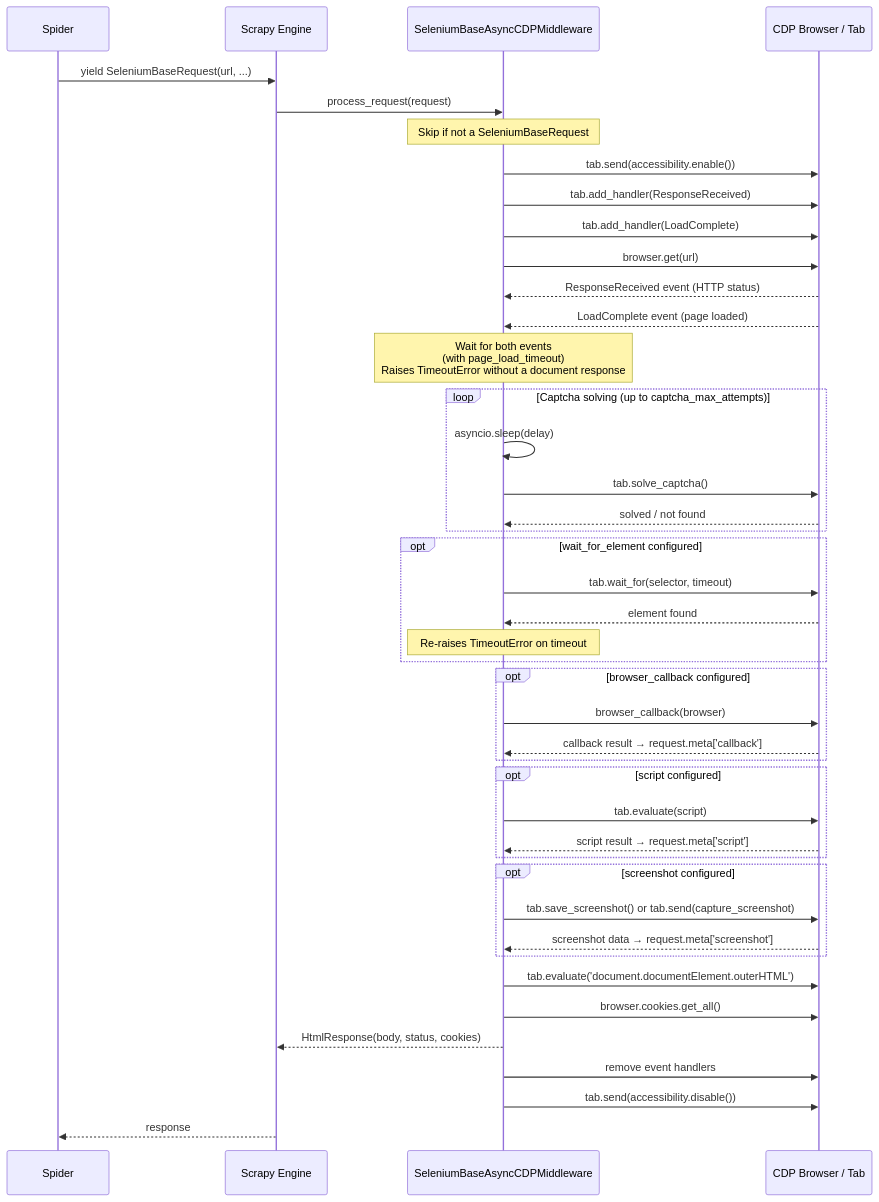
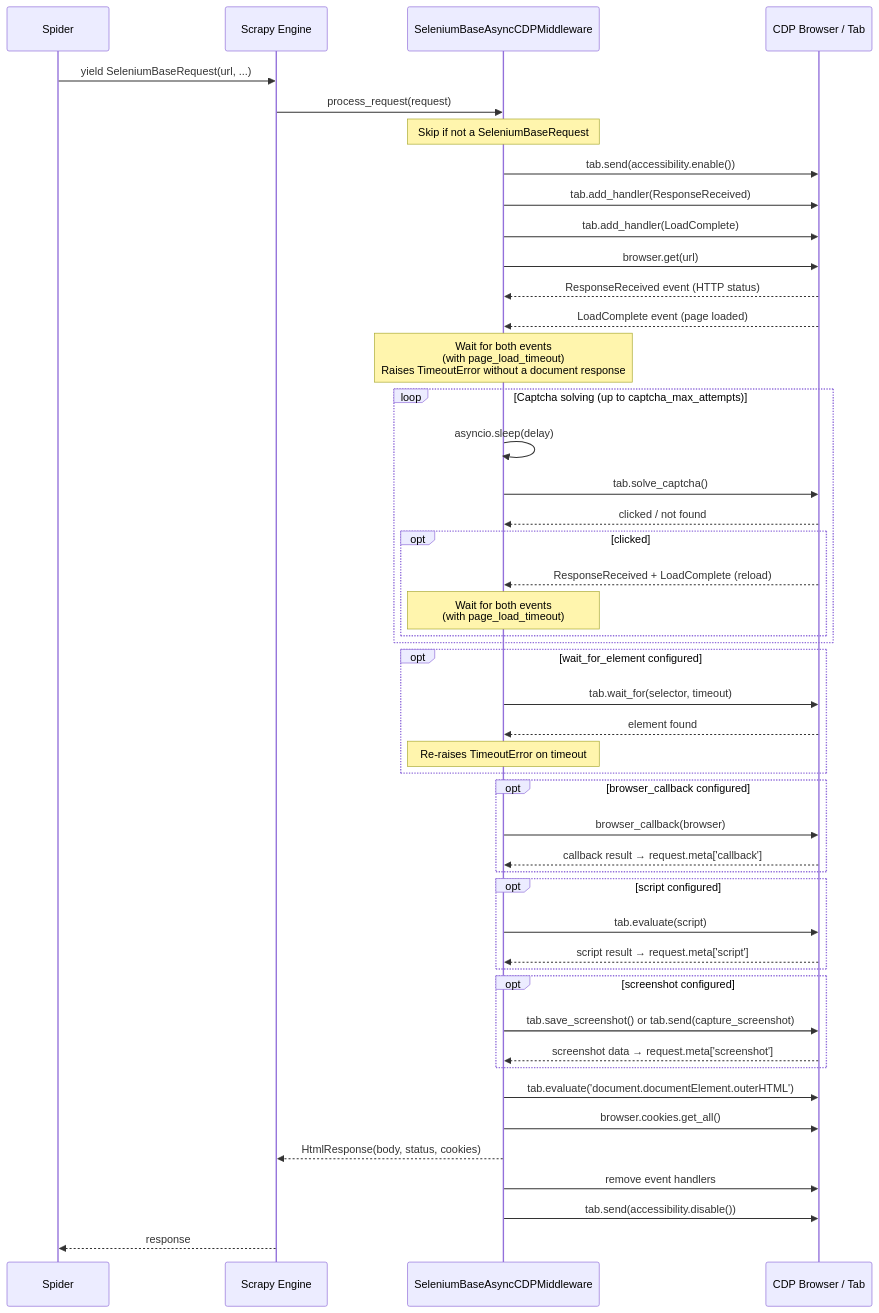
Before and after one commit to nyg/scrapy-seleniumbase-cdp: the diagram in docs/ARCHITECTURE.md, drawn with Mermaid. The commit also changed other lines of this file and 4 other files, not shown here.

Commit message:
fix: wait for the page to reload after a captcha click and flag unsolved captchas in response meta (#86)

````diff
--- a/docs/ARCHITECTURE.md
+++ b/docs/ARCHITECTURE.md
@@ -12,58 +12,62 @@
 ```mermaid
 sequenceDiagram
     participant Spider
     participant Engine as Scrapy Engine
     participant MW as SeleniumBaseAsyncCDPMiddleware
     participant Browser as CDP Browser / Tab
 
     Spider->>Engine: yield SeleniumBaseRequest(url, ...)
     Engine->>MW: process_request(request)
 
     Note over MW: Skip if not a SeleniumBaseRequest
 
     MW->>Browser: tab.send(accessibility.enable())
     MW->>Browser: tab.add_handler(ResponseReceived)
     MW->>Browser: tab.add_handler(LoadComplete)
 
     MW->>Browser: browser.get(url)
     Browser-->>MW: ResponseReceived event (HTTP status)
     Browser-->>MW: LoadComplete event (page loaded)
 
     Note over MW: Wait for both events<br/>(with page_load_timeout)<br/>Raises TimeoutError without a document response
 
     loop Captcha solving (up to captcha_max_attempts)
         MW->>MW: asyncio.sleep(delay)
         MW->>Browser: tab.solve_captcha()
-        Browser-->>MW: solved / not found
+        Browser-->>MW: clicked / not found
+        opt clicked
+            Browser-->>MW: ResponseReceived + LoadComplete (reload)
+            Note over MW: Wait for both events<br/>(with page_load_timeout)
+        end
     end
 
     opt wait_for_element configured
         MW->>Browser: tab.wait_for(selector, timeout)
         Browser-->>MW: element found
         Note over MW: Re-raises TimeoutError on timeout
     end
 
     opt browser_callback configured
         MW->>Browser: browser_callback(browser)
         Browser-->>MW: callback result → request.meta['callback']
     end
 
     opt script configured
         MW->>Browser: tab.evaluate(script)
         Browser-->>MW: script result → request.meta['script']
     end
 
     opt screenshot configured
         MW->>Browser: tab.save_screenshot() or tab.send(capture_screenshot)
         Browser-->>MW: screenshot data → request.meta['screenshot']
     end
 
     MW->>Browser: tab.evaluate('document.documentElement.outerHTML')
     MW->>Browser: browser.cookies.get_all()
     MW-->>Engine: HtmlResponse(body, status, cookies)
 
     MW->>Browser: remove event handlers
     MW->>Browser: tab.send(accessibility.disable())
 
     Engine-->>Spider: response
 ```
````
